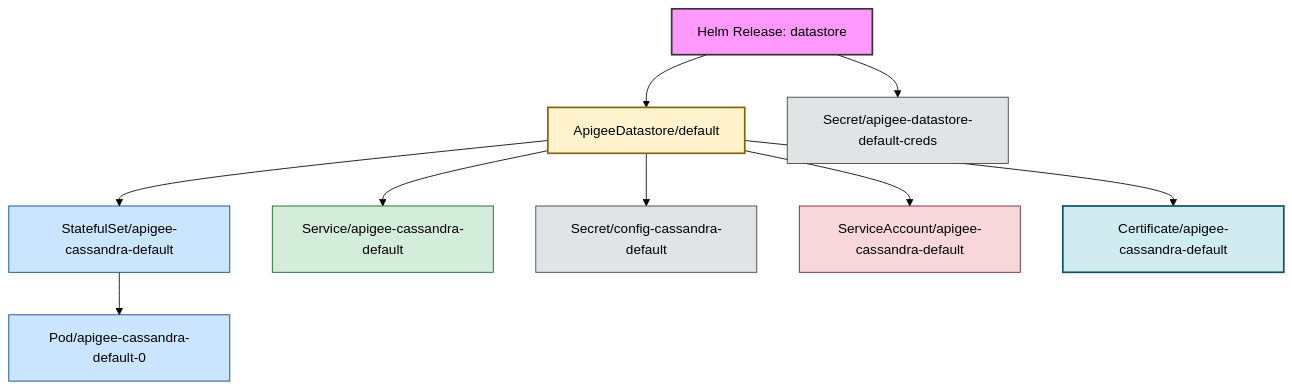
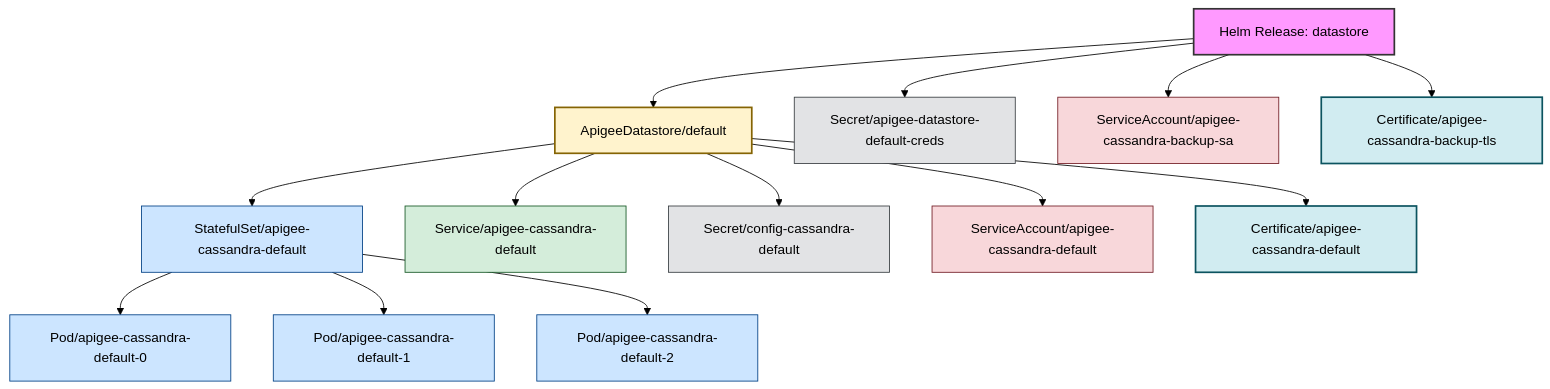
One commit to anaik91/apigee-hybrid-relationship-builder changed the diagram in generated/apigee-datastore-1.15.0-deep-all.md. Above: the diagram before and after it, drawn with Mermaid (forest theme). The commit also changed other lines of this file and 60 other files, not shown here.

````diff
--- a/generated/apigee-datastore-1.15.0-deep-all.md
+++ b/generated/apigee-datastore-1.15.0-deep-all.md
@@ -12,41 +12,53 @@
 ```mermaid
 graph TD;
     classDef helm fill:#f9f,stroke:#333,stroke-width:2px,color:#000
     classDef workload fill:#cce5ff,stroke:#004085,stroke-width:1px,color:#000
     classDef network fill:#d4edda,stroke:#155724,stroke-width:1px,color:#000
     classDef config fill:#e2e3e5,stroke:#383d41,stroke-width:1px,color:#000
     classDef rbac fill:#f8d7da,stroke:#721c24,stroke-width:1px,color:#000
     classDef apigee_crd fill:#fff3cd,stroke:#856404,stroke-width:2px,color:#000
     classDef cert_manager_crd fill:#d1ecf1,stroke:#0c5460,stroke-width:2px,color:#000
     classDef webhook fill:#ddd,stroke:#333,stroke-width:2px,color:#000
     classDef default fill:#fff,stroke:#333,stroke-width:1px,color:#000
 
     ApigeeDatastoredefault["ApigeeDatastore/default"]
     StatefulSetapigeecassandradefault["StatefulSet/apigee-cassandra-default"]
     Serviceapigeecassandradefault["Service/apigee-cassandra-default"]
     Secretconfigcassandradefault["Secret/config-cassandra-default"]
     ServiceAccountapigeecassandradefault["ServiceAccount/apigee-cassandra-default"]
     Certificateapigeecassandradefault["Certificate/apigee-cassandra-default"]
     Podapigeecassandradefault0["Pod/apigee-cassandra-default-0"]
+    Podapigeecassandradefault1["Pod/apigee-cassandra-default-1"]
+    Podapigeecassandradefault2["Pod/apigee-cassandra-default-2"]
     HelmReleasedatastore["Helm Release: datastore"]
     Secretapigeedatastoredefaultcreds["Secret/apigee-datastore-default-creds"]
+    ServiceAccountapigeecassandrabackupsa["ServiceAccount/apigee-cassandra-backup-sa"]
+    Certificateapigeecassandrabackuptls["Certificate/apigee-cassandra-backup-tls"]
 
     class ApigeeDatastoredefault apigee_crd;
     class StatefulSetapigeecassandradefault workload;
     class Serviceapigeecassandradefault network;
     class Secretconfigcassandradefault config;
     class ServiceAccountapigeecassandradefault rbac;
     class Certificateapigeecassandradefault cert_manager_crd;
     class Podapigeecassandradefault0 workload;
+    class Podapigeecassandradefault1 workload;
+    class Podapigeecassandradefault2 workload;
     class HelmReleasedatastore helm;
     class Secretapigeedatastoredefaultcreds config;
+    class ServiceAccountapigeecassandrabackupsa rbac;
+    class Certificateapigeecassandrabackuptls cert_manager_crd;
 
     ApigeeDatastoredefault --> StatefulSetapigeecassandradefault
     ApigeeDatastoredefault --> Serviceapigeecassandradefault
     ApigeeDatastoredefault --> Secretconfigcassandradefault
     ApigeeDatastoredefault --> ServiceAccountapigeecassandradefault
     ApigeeDatastoredefault --> Certificateapigeecassandradefault
     StatefulSetapigeecassandradefault --> Podapigeecassandradefault0
+    StatefulSetapigeecassandradefault --> Podapigeecassandradefault1
+    StatefulSetapigeecassandradefault --> Podapigeecassandradefault2
     HelmReleasedatastore --> Secretapigeedatastoredefaultcreds
+    HelmReleasedatastore --> ServiceAccountapigeecassandrabackupsa
+    HelmReleasedatastore --> Certificateapigeecassandrabackuptls
     HelmReleasedatastore --> ApigeeDatastoredefault
 ```
````
